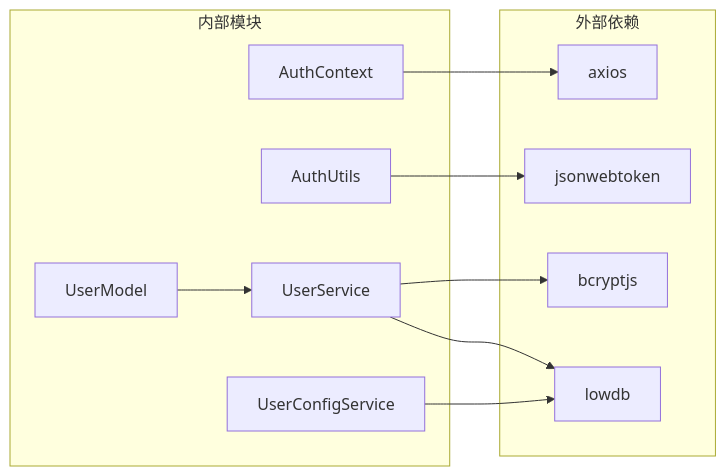
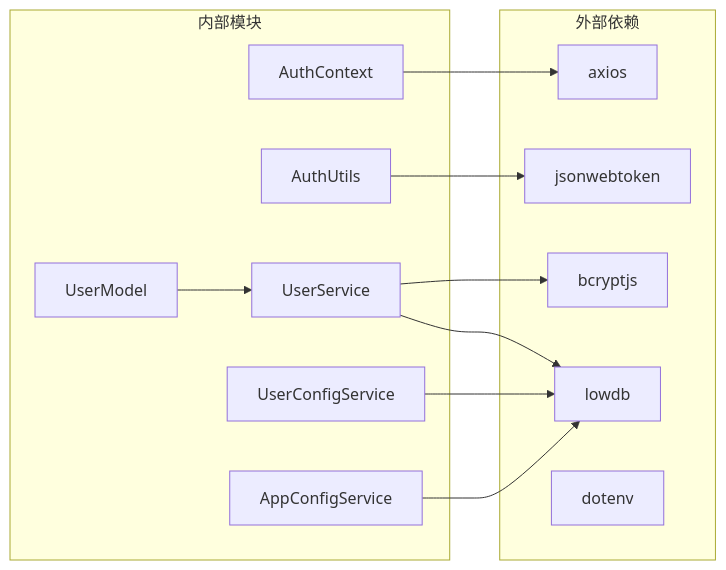
Before and after one commit to songdiyang/clawOperations: the tenth of 11 diagrams in .qoder/repowiki/zh/content/核心模块详解/认证模块/JWT用户认证系统.md, drawn with Mermaid. The commit also changed other lines of this file and 52 other files, not shown here.

````diff
--- a/.qoder/repowiki/zh/content/核心模块详解/认证模块/JWT用户认证系统.md
+++ b/.qoder/repowiki/zh/content/核心模块详解/认证模块/JWT用户认证系统.md
@@ -327,22 +399,25 @@
 ```mermaid
 graph LR
 subgraph "外部依赖"
 AX[axios]
 JW[jsonwebtoken]
 BC[bcryptjs]
 LO[lowdb]
+DO[dotenv]
 end
 subgraph "内部模块"
 AC[AuthContext]
 AU[AuthUtils]
 UM[UserModel]
 US[UserService]
 UC[UserConfigService]
+ACS[AppConfigService]
 end
 AC --> AX
 AU --> JW
 US --> BC
 US --> LO
 UC --> LO
+ACS --> LO
 UM --> US
 ```
````
